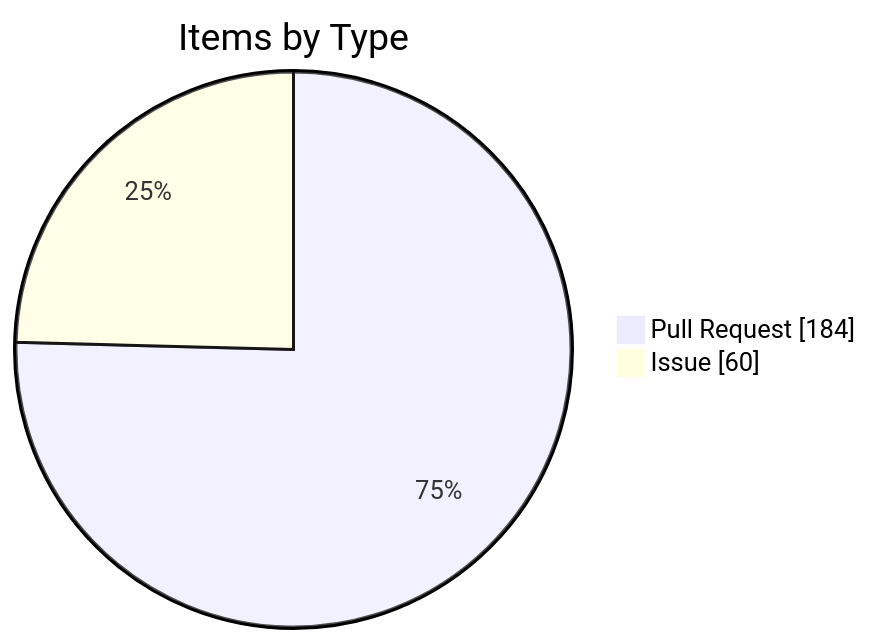
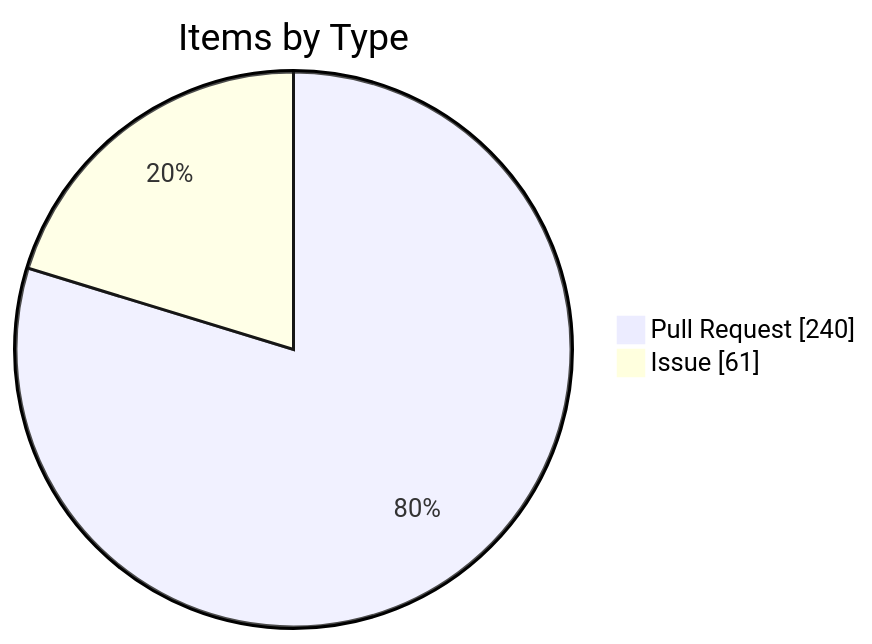
The fourth of 4 diagrams in apps/kbve/astro-kbve/src/content/docs/dashboard/kanban.mdx (KBVE/kbve), drawn with Mermaid before and after one commit. The commit also changed other lines of this file and 8 other files, not shown here.

````diff
--- a/apps/kbve/astro-kbve/src/content/docs/dashboard/kanban.mdx
+++ b/apps/kbve/astro-kbve/src/content/docs/dashboard/kanban.mdx
@@ -116,6 +116,6 @@
 ```mermaid
 pie showData
     title Items by Type
-    "Pull Request" : 184
-    "Issue" : 60
+    "Pull Request" : 240
+    "Issue" : 61
 ```
````
